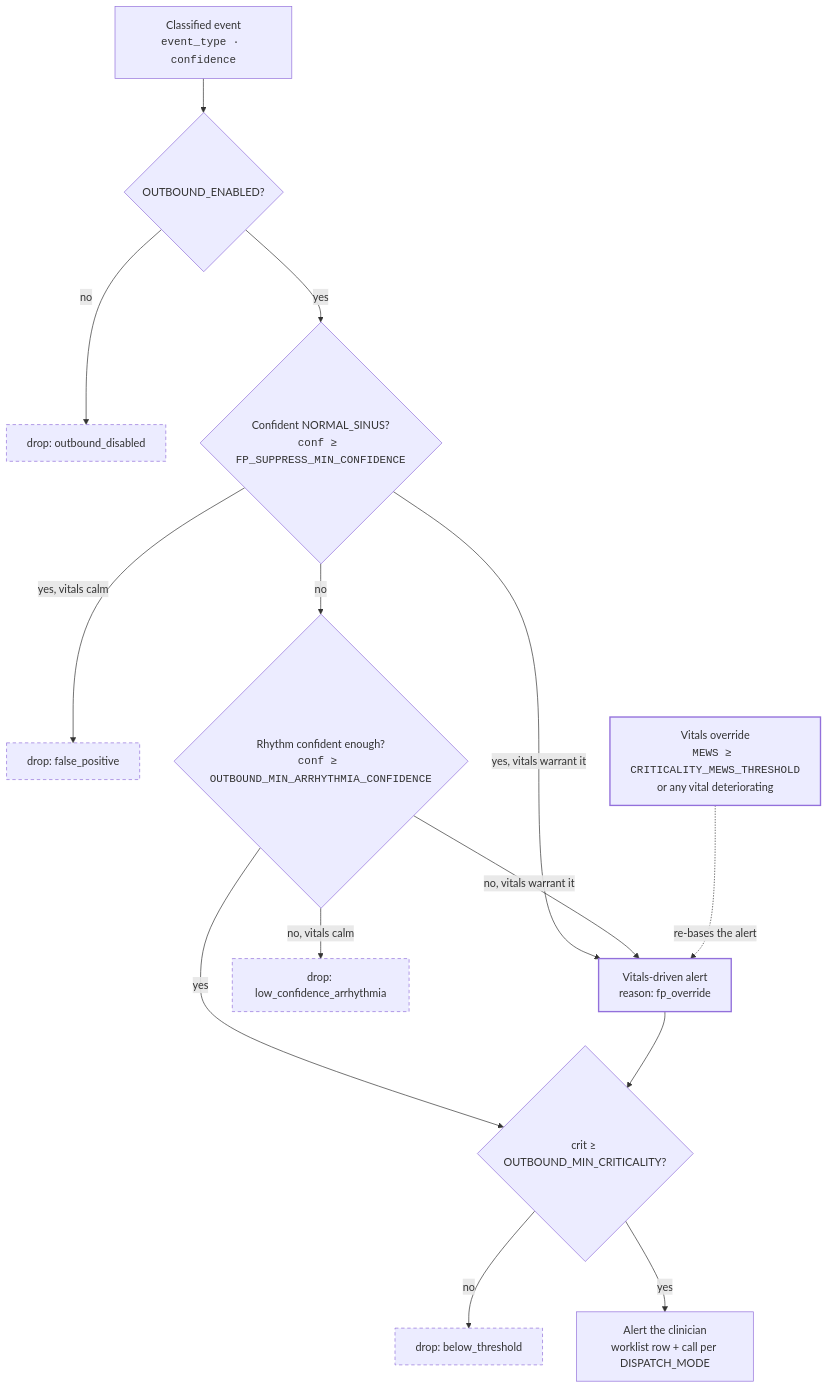
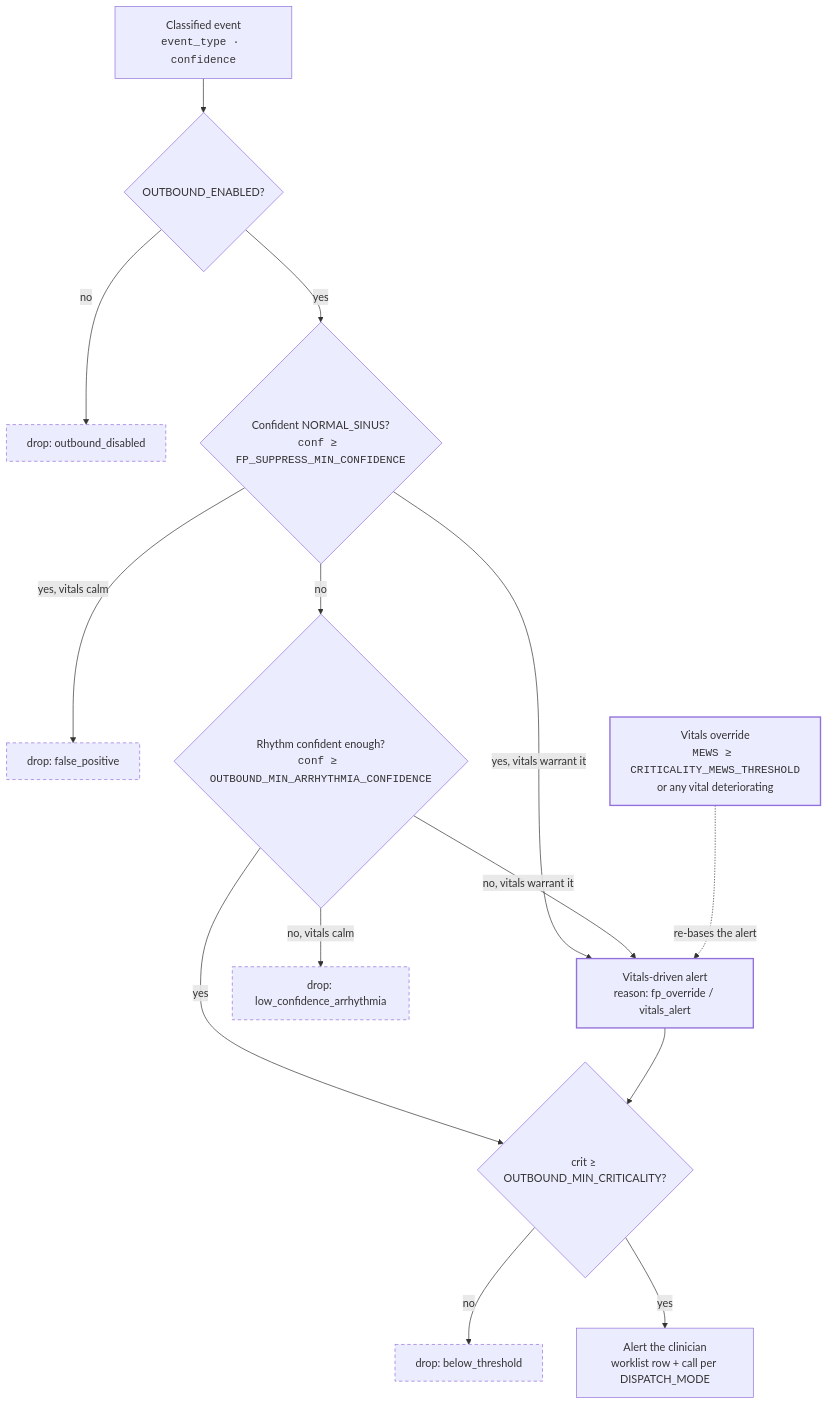
The first of 2 diagrams in ARCHITECTURE.md (crtx-sg/rmsai-relay), drawn with Mermaid before and after one commit. The commit also changed other lines of this file and 16 other files, not shown here.

First line of the commit message:
Docs: bring README, DEMO, ARCHITECTURE and component docs up to date

````diff
--- a/ARCHITECTURE.md
+++ b/ARCHITECTURE.md
@@ -115,22 +123,22 @@
 ```mermaid
 flowchart TD
     E["Classified event<br/><code>event_type · confidence</code>"] --> A{"OUTBOUND_ENABLED?"}
     A -- no --> D1["drop: outbound_disabled"]
     A -- yes --> B{"Confident NORMAL_SINUS?<br/><code>conf ≥ FP_SUPPRESS_MIN_CONFIDENCE</code>"}
     B -- "yes, vitals calm" --> D2["drop: false_positive"]
-    B -- "yes, vitals warrant it" --> V["Vitals-driven alert<br/>reason: fp_override"]
+    B -- "yes, vitals warrant it" --> V["Vitals-driven alert<br/>reason: fp_override / vitals_alert"]
     B -- no --> C{"Rhythm confident enough?<br/><code>conf ≥ OUTBOUND_MIN_ARRHYTHMIA_CONFIDENCE</code>"}
     C -- no, vitals calm --> D3["drop: low_confidence_arrhythmia"]
     C -- "no, vitals warrant it" --> V
     C -- yes --> K{"crit ≥ OUTBOUND_MIN_CRITICALITY?"}
     V --> K
     K -- no --> D4["drop: below_threshold"]
     K -- yes --> P["Alert the clinician<br/>worklist row + call per DISPATCH_MODE"]
 
     W["Vitals override<br/><code>MEWS ≥ CRITICALITY_MEWS_THRESHOLD</code><br/>or any vital deteriorating"] -.->|re-bases the alert| V
 
     classDef drop stroke-dasharray: 5 4;
     classDef vitals stroke-width:2px;
     class D1,D2,D3,D4 drop;
     class V,W vitals;
 ```
````
